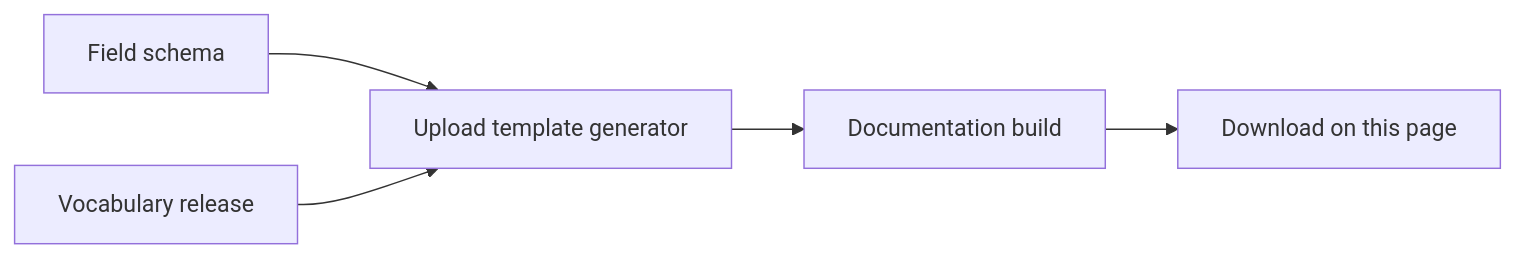
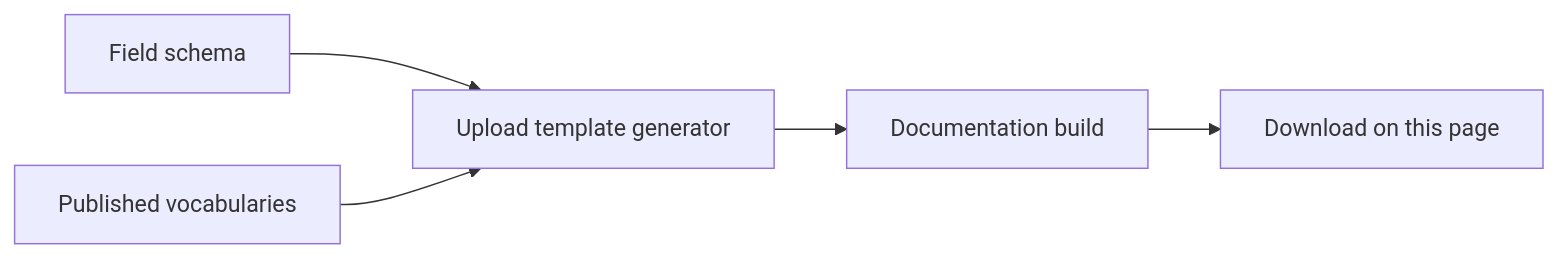
Before and after one commit to ihfc-iugg/ghfdb: the diagram in docs/upload-template/index.md, drawn with Mermaid. The commit also changed other lines of this file and 43 other files, not shown here.

Commit message:
Read vocabulary terms from their permanent identifiers instead of a stated release

````diff
--- a/docs/upload-template/index.md
+++ b/docs/upload-template/index.md
@@ -49,7 +49,7 @@
 ```{mermaid}
 flowchart LR
     schema["Field schema"] --> template["Upload template generator"]
-    release["Vocabulary release"] --> template
+    vocabularies["Published vocabularies"] --> template
     template --> build["Documentation build"]
     build --> download["Download on this page"]
 ```
````
